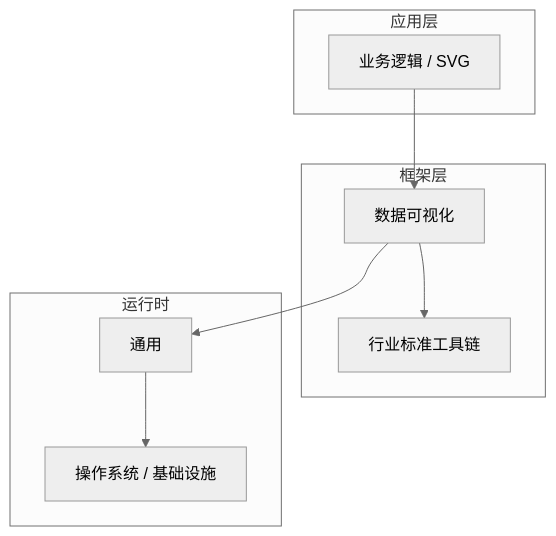
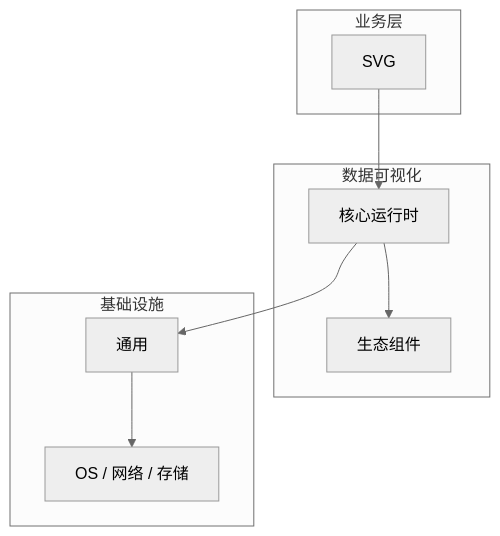
Before and after one commit to yanggan2015/knowledge-json-v2: the diagram in articles/数据可视化/chapters/059-SVG核心概念与原理.md, drawn with Mermaid (neutral theme). The commit also changed other lines of this file and 10127 other files, not shown here.

````diff
--- a/articles/数据可视化/chapters/059-SVG核心概念与原理.md
+++ b/articles/数据可视化/chapters/059-SVG核心概念与原理.md
@@ -45,18 +34,18 @@
 ```mermaid
 graph TB
-    subgraph 应用层
-        A[业务逻辑 / SVG]
+    subgraph 业务层
+        A[SVG]
     end
-    subgraph 框架层
-        B[数据可视化]
-        C[行业标准工具链]
+    subgraph 数据可视化
+        B[核心运行时]
+        C[生态组件]
     end
-    subgraph 运行时
+    subgraph 基础设施
         D[通用]
-        E[操作系统 / 基础设施]
+        E[OS / 网络 / 存储]
     end
     A --> B
     B --> C
     B --> D
     D --> E
 ```
````
